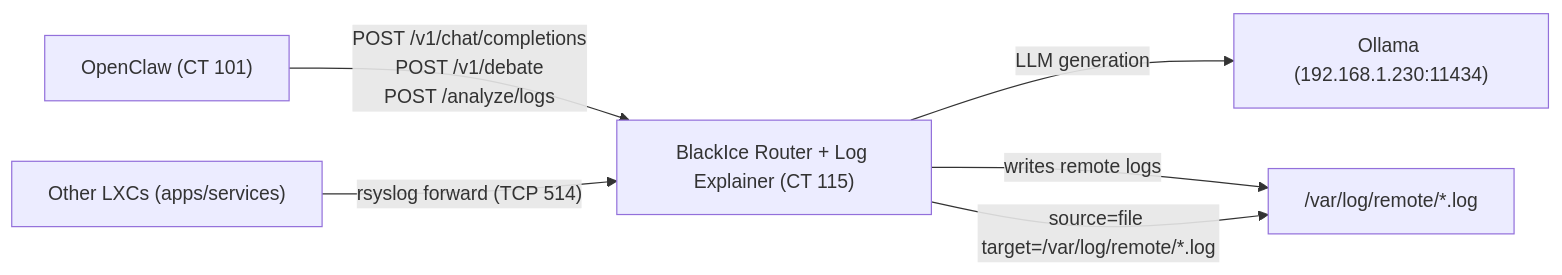
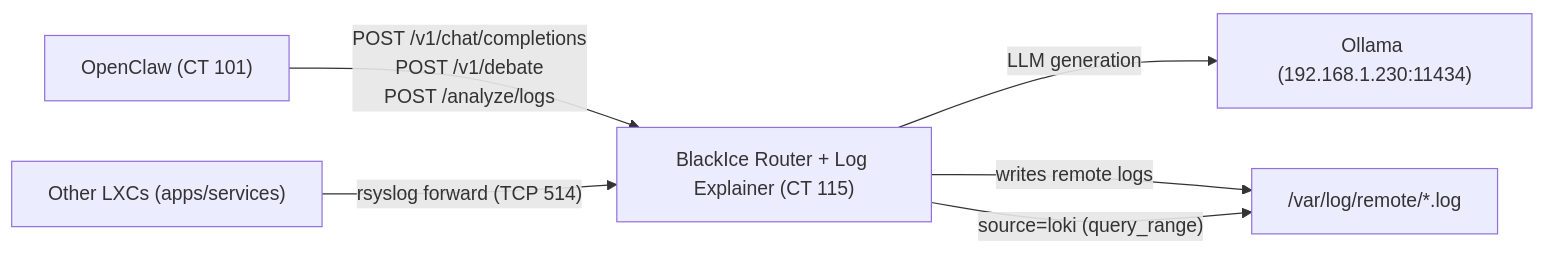
One commit to redxzeta/blackice changed the diagram in README.md. Above: the diagram before and after it, drawn with Mermaid. The commit also changed other lines of this file and 10 other files, not shown here.

````diff
--- a/README.md
+++ b/README.md
@@ -11,14 +11,14 @@
 ```mermaid
 flowchart LR
   OC["OpenClaw (CT 101)"]
   BI["BlackIce Router + Log Explainer (CT 115)"]
   OL["Ollama (192.168.1.230:11434)"]
   LXC["Other LXCs (apps/services)"]
   RF["/var/log/remote/*.log"]
 
   OC -->|"POST /v1/chat/completions\nPOST /v1/debate\nPOST /analyze/logs"| BI
   BI -->|"LLM generation"| OL
   LXC -->|"rsyslog forward (TCP 514)"| BI
   BI -->|"writes remote logs"| RF
-  BI -->|"source=file target=/var/log/remote/*.log"| RF
+  BI -->|"source=loki (query_range)"| RF
 ```
````
